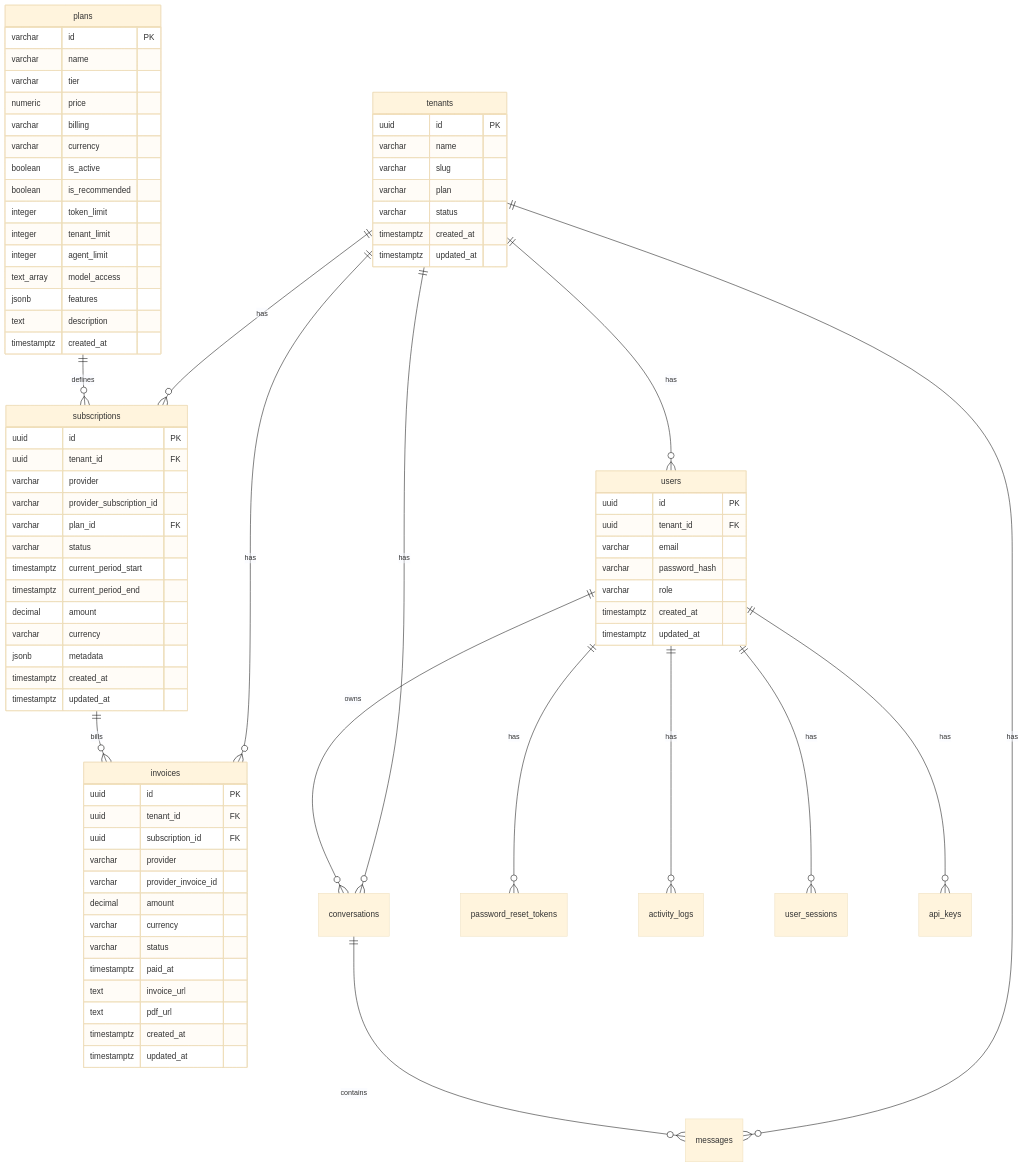
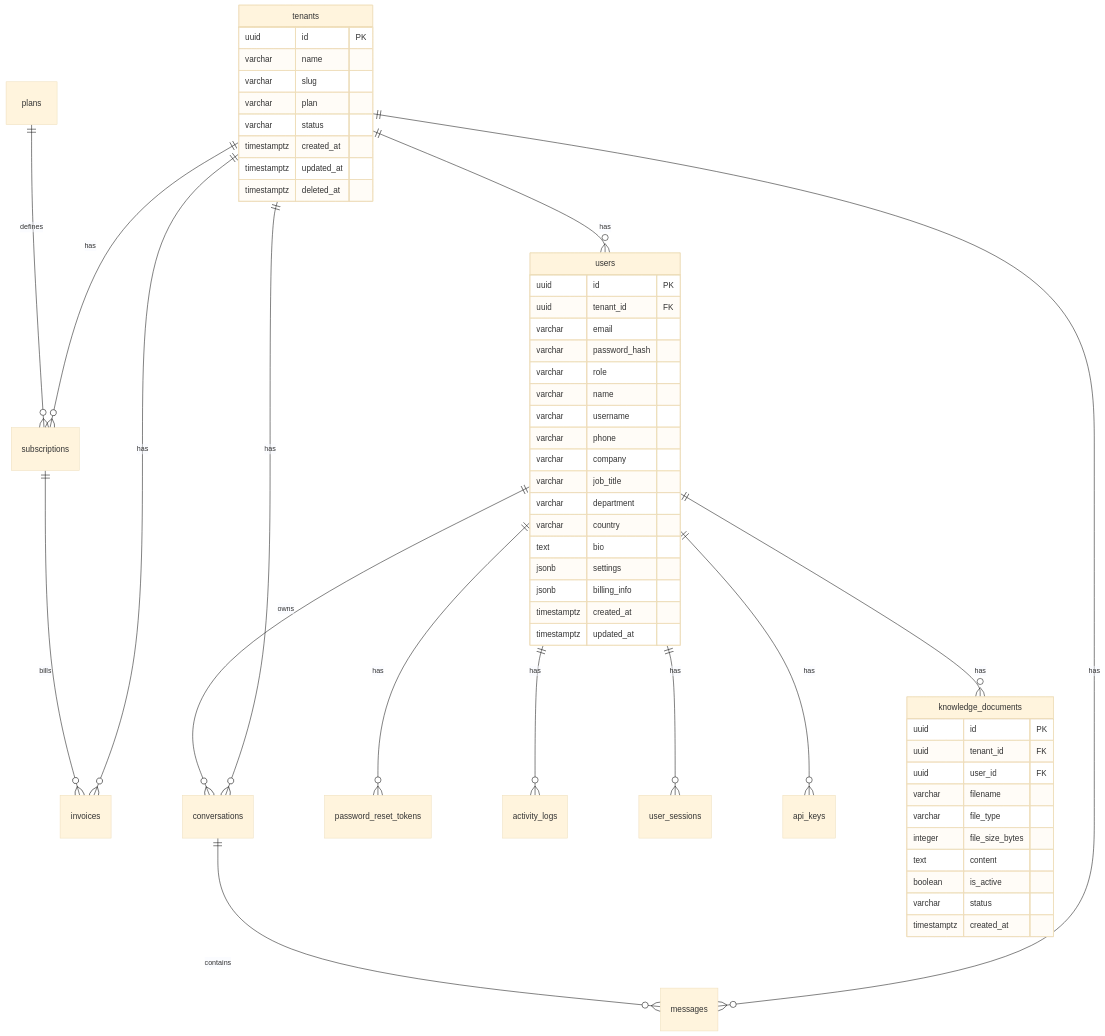
One commit to ashishtomarnet123-oss/harikson changed the fourth of 4 diagrams in README.md. Above: the diagram before and after it, drawn with Mermaid (base theme). The commit also changed other lines of this file and 1 other file, not shown here.

````diff
--- a/README.md
+++ b/README.md
@@ -41,82 +193,59 @@
 ```mermaid
 erDiagram
     tenants ||--o{ users : "has"
     tenants ||--o{ subscriptions : "has"
     tenants ||--o{ invoices : "has"
     tenants ||--o{ conversations : "has"
     tenants ||--o{ messages : "has"
     users ||--o{ conversations : "owns"
     users ||--o{ password_reset_tokens : "has"
     users ||--o{ activity_logs : "has"
     users ||--o{ user_sessions : "has"
     users ||--o{ api_keys : "has"
+    users ||--o{ knowledge_documents : "has"
     conversations ||--o{ messages : "contains"
     plans ||--o{ subscriptions : "defines"
     subscriptions ||--o{ invoices : "bills"
 
     tenants {
         uuid id PK
         varchar name
         varchar slug
         varchar plan
         varchar status
         timestamptz created_at
         timestamptz updated_at
+        timestamptz deleted_at
     }
     users {
         uuid id PK
         uuid tenant_id FK
         varchar email
         varchar password_hash
         varchar role
+        varchar name
+        varchar username
+        varchar phone
+        varchar company
+        varchar job_title
+        varchar department
+        varchar country
+        text bio
+        jsonb settings
+        jsonb billing_info
         timestamptz created_at
         timestamptz updated_at
     }
-    plans {
-        varchar id PK
-        varchar name
-        varchar tier
-        numeric price
-        varchar billing
-        varchar currency
+    knowledge_documents {
+        uuid id PK
+        uuid tenant_id FK
+        uuid user_id FK
+        varchar filename
+        varchar file_type
+        integer file_size_bytes
+        text content
         boolean is_active
-        boolean is_recommended
-        integer token_limit
-        integer tenant_limit
-        integer agent_limit
-        text_array model_access
-        jsonb features
-        text description
+        varchar status
         timestamptz created_at
     }
-    subscriptions {
-        uuid id PK
-        uuid tenant_id FK
-        varchar provider
-        varchar provider_subscription_id
-        varchar plan_id FK
-        varchar status
-        timestamptz current_period_start
-        timestamptz current_period_end
-        decimal amount
-        varchar currency
-        jsonb metadata
-        timestamptz created_at
-        timestamptz updated_at
-    }
-    invoices {
-        uuid id PK
-        uuid tenant_id FK
-        uuid subscription_id FK
-        varchar provider
-        varchar provider_invoice_id
-        decimal amount
-        varchar currency
-        varchar status
-        timestamptz paid_at
-        text invoice_url
-        text pdf_url
-        timestamptz created_at
-        timestamptz updated_at
-    }
 ```
````
